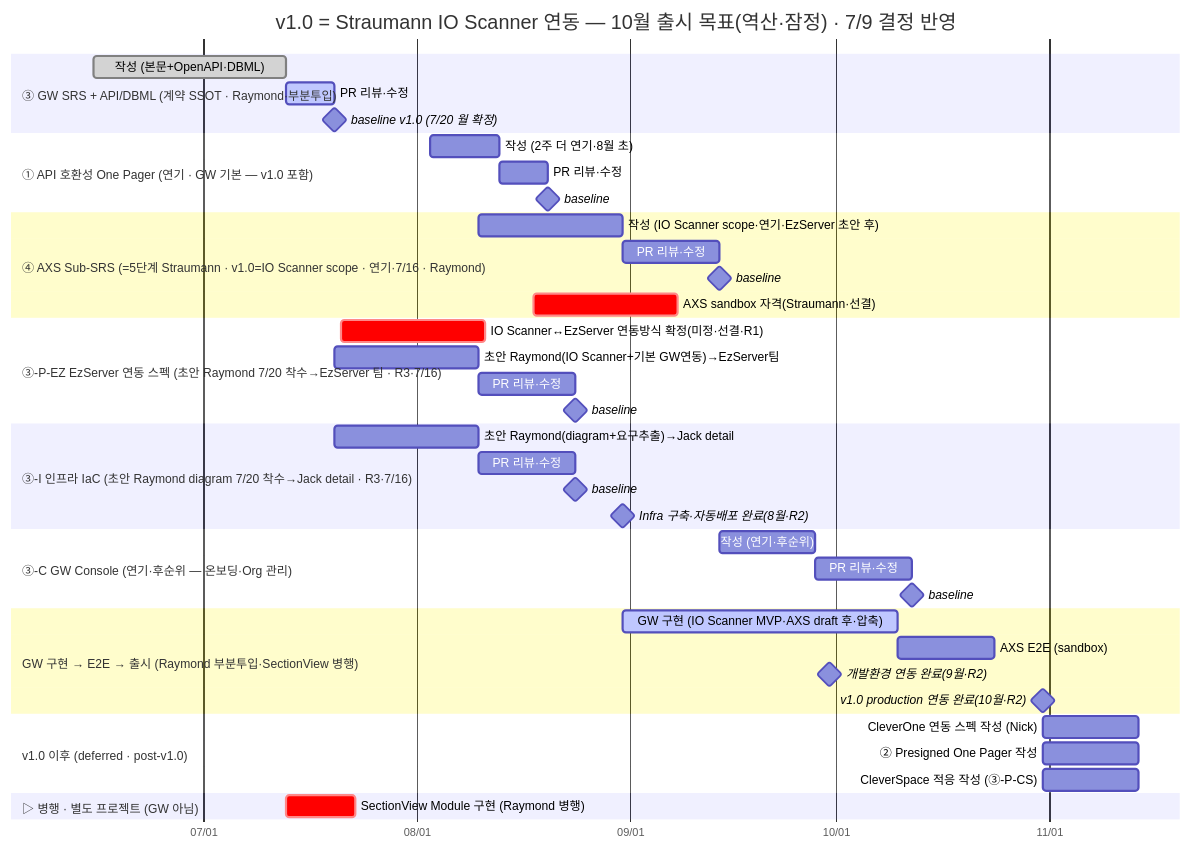
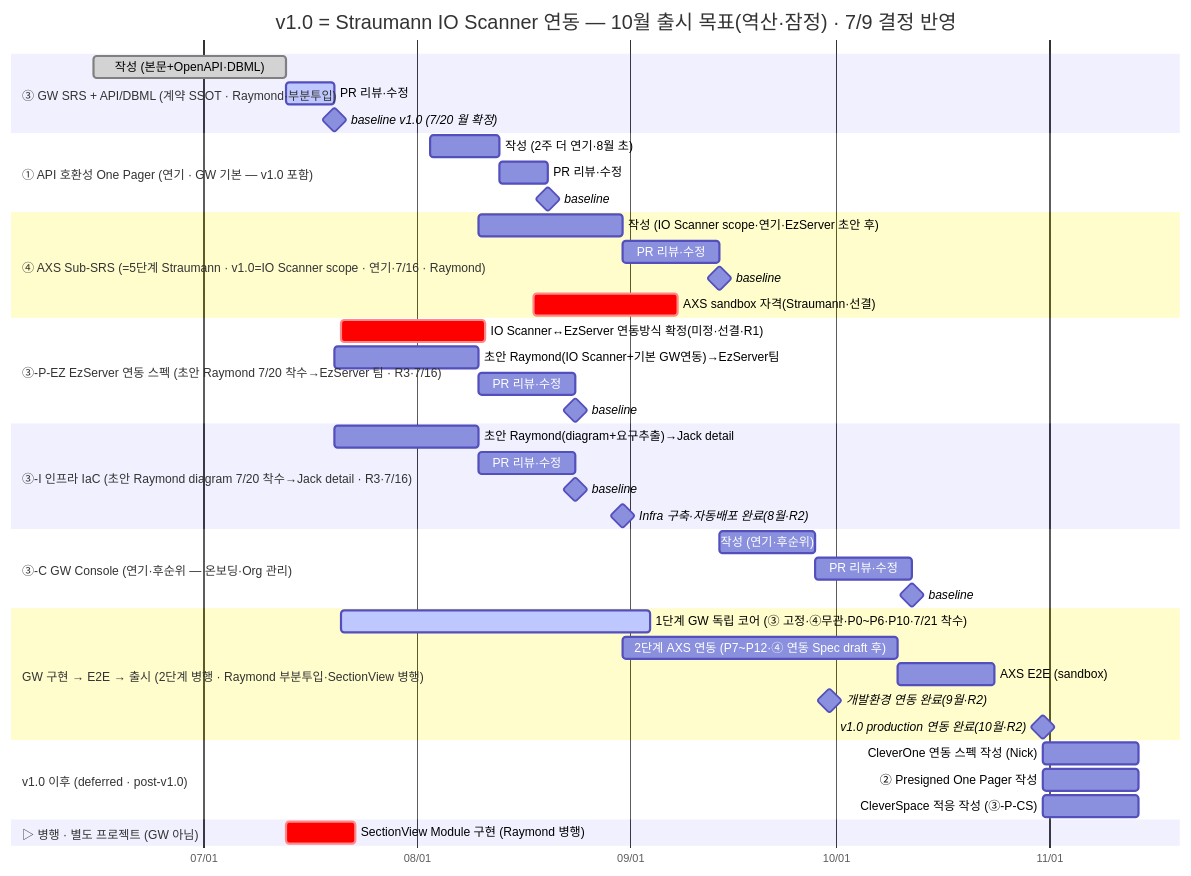
One commit to gracegyu/scp-architecture changed the eighth of 8 diagrams in docs/VT_API_Gateway/08.VT_API_Gateway/주간회의-Agenda.md. Above: the diagram before and after it, drawn with Mermaid. The commit also changed other lines of this file, not shown here.

Commit message:
docs(주간회의): GW 구현 2단계 병행 착수 결정 및 세부 사항 추가
GW SRS baseline 동결에 따라 GW 독립 코어와 AXS 연동을 2단계로 병행하여 구현하기로 결정하였습니다. 1단계는 7/21부터 GW 독립 코어를 자립적으로 진행하며, 2단계는 AXS 연동 Spec 완성 후 착수합니다. 이로 인해 개발 일정과 리스크 관리가 개선되었습니다.

````diff
--- a/docs/VT_API_Gateway/08.VT_API_Gateway/주간회의-Agenda.md
+++ b/docs/VT_API_Gateway/08.VT_API_Gateway/주간회의-Agenda.md
@@ -946,54 +951,55 @@
     ```mermaid
     gantt
         title v1.0 = Straumann IO Scanner 연동 — 10월 출시 목표(역산·잠정) · 7/9 결정 반영
         dateFormat YYYY-MM-DD
         axisFormat %m/%d
         todayMarker stroke-width:3px,stroke:#d33,opacity:0.6
 
         section ③ GW SRS + API/DBML (계약 SSOT · Raymond·부분투입)
         작성 (본문+OpenAPI·DBML)       :done, srsw, 2026-06-15, 28d
         PR 리뷰·수정                  :active, srspr, 2026-07-13, 2026-07-20
         baseline v1.0 (7/20 월 확정)     :milestone, srsbl, after srspr, 0d
 
         section ① API 호환성 One Pager (연기 · GW 기본 — v1.0 포함)
         작성 (2주 더 연기·8월 초)       :op1w, 2026-08-03, 10d
         PR 리뷰·수정                  :op1pr, after op1w, 7d
         baseline                      :milestone, op1bl, after op1pr, 0d
 
         section ④ AXS Sub-SRS (=5단계 Straumann · v1.0=IO Scanner scope · 연기·7/16 · Raymond)
         작성 (IO Scanner scope·연기·EzServer 초안 후) :axsw, after ezw, 21d
         PR 리뷰·수정                  :axspr, after axsw, 14d
         baseline                      :milestone, axsbl, after axspr, 0d
         AXS sandbox 자격(Straumann·선결) :crit, cred, 2026-08-18, 21d
 
         section ③-P-EZ EzServer 연동 스펙 (초안 Raymond 7/20 착수→EzServer 팀 · R3·7/16)
         IO Scanner↔EzServer 연동방식 확정(미정·선결·R1) :crit, ezm, 2026-07-21, 21d
         초안 Raymond(IO Scanner+기본 GW연동)→EzServer팀 :ezw, 2026-07-20, 21d
         PR 리뷰·수정                  :ezpr, after ezw, 14d
         baseline                      :milestone, ezbl, after ezpr, 0d
 
         section ③-I 인프라 IaC (초안 Raymond diagram 7/20 착수→Jack detail · R3·7/16)
         초안 Raymond(diagram+요구추출)→Jack detail :infw, 2026-07-20, 21d
         PR 리뷰·수정                  :infpr, after infw, 14d
         baseline                      :milestone, infbl, after infpr, 0d
         Infra 구축·자동배포 완료(8월·R2) :milestone, infra8, 2026-08-31, 0d
 
         section ③-C GW Console (연기·후순위 — 온보딩·Org 관리)
         작성 (연기·후순위)              :conw, after axsbl, 14d
         PR 리뷰·수정                  :conpr, after conw, 14d
         baseline                      :milestone, conbl, after conpr, 0d
 
-        section GW 구현 → E2E → 출시 (Raymond 부분투입·SectionView 병행)
-        GW 구현 (IO Scanner MVP·AXS draft 후·압축) :active, impl, after axsw, 40d
-        AXS E2E (sandbox)              :e2e, after impl, 14d
+        section GW 구현 → E2E → 출시 (2단계 병행 · Raymond 부분투입·SectionView 병행)
+        1단계 GW 독립 코어 (③ 고정·④무관·P0~P6·P10·7/21 착수) :active, implindep, 2026-07-21, 45d
+        2단계 AXS 연동 (P7~P12·④ 연동 Spec draft 후)   :implaxs, after axsw, 40d
+        AXS E2E (sandbox)              :e2e, after implaxs, 14d
         개발환경 연동 완료(9월·R2)       :milestone, dev9, 2026-09-30, 0d
         v1.0 production 연동 완료(10월·R2) :milestone, rel, 2026-10-31, 0d
 
         section v1.0 이후 (deferred · post-v1.0)
         CleverOne 연동 스펙 작성 (Nick) :codef, after rel, 14d
         ② Presigned One Pager 작성     :pdef, after rel, 14d
         CleverSpace 적응 작성 (③-P-CS)  :csdef, after rel, 14d
 
         section ▷ 병행 · 별도 프로젝트 (GW 아님)
         SectionView Module 구현 (Raymond 병행) :crit, sv, 2026-07-13, 2026-07-23
     ```
````
